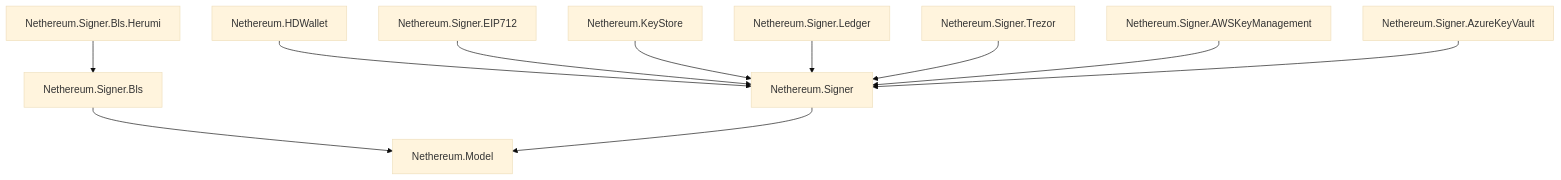
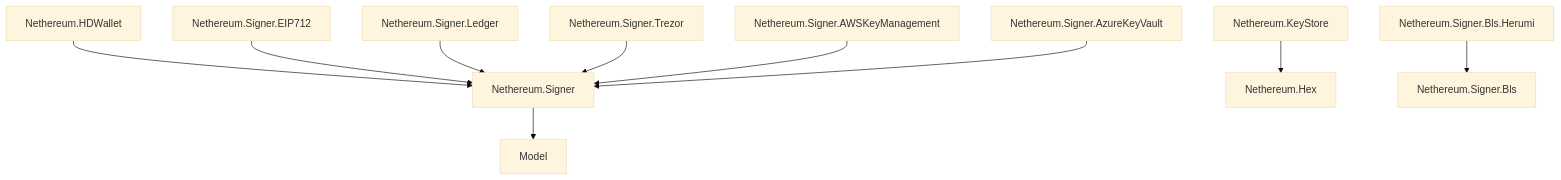
Before and after one commit to Nethereum/Nethereum.Documentation: the third of 21 diagrams in docs/architecture.md, drawn with Mermaid (base theme). The commit also changed other lines of this file and 6 other files, not shown here.

First line of the commit message:
Docs: fix getting-started, transport and architecture pages against source

````diff
--- a/docs/architecture.md
+++ b/docs/architecture.md
@@ -114,16 +114,16 @@
 ```mermaid
 graph TD
     HDWallet["Nethereum.HDWallet"] --> Signer["Nethereum.Signer"]
     EIP712["Nethereum.Signer.EIP712"] --> Signer
-    KeyStore["Nethereum.KeyStore"] --> Signer
+    KeyStore["Nethereum.KeyStore"] --> Hex["Nethereum.Hex"]
 
     Ledger["Nethereum.Signer.Ledger"] --> Signer
     Trezor["Nethereum.Signer.Trezor"] --> Signer
     AWS["Nethereum.Signer.AWSKeyManagement"] --> Signer
     Azure["Nethereum.Signer.AzureKeyVault"] --> Signer
 
-    BLS["Nethereum.Signer.Bls"] --> Model["Nethereum.Model"]
+    BLS["Nethereum.Signer.Bls"]
     BLSHerumi["Nethereum.Signer.Bls.Herumi"] --> BLS
 
     Signer --> Model
 ```
````
